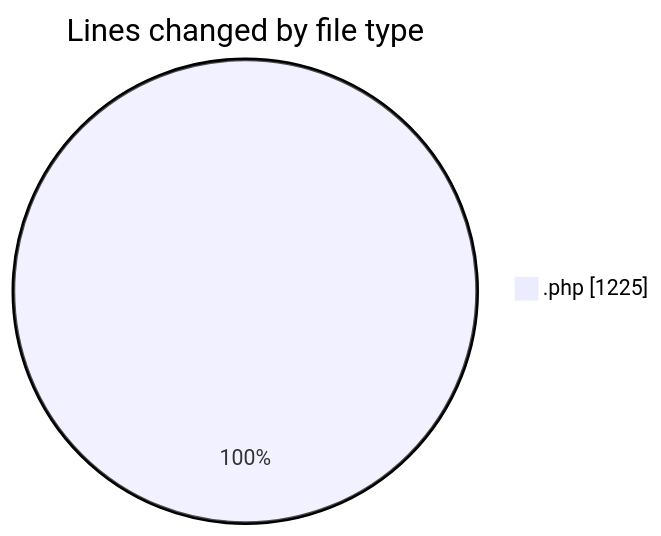
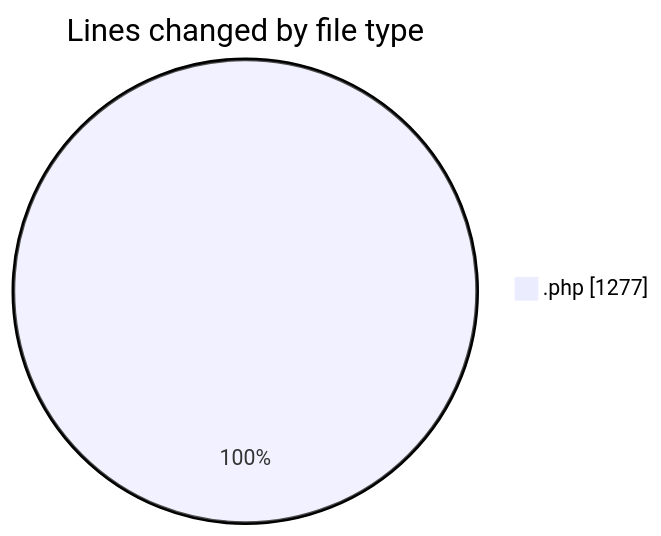
One commit to debugP/code-tracking changed the first of 2 diagrams in 2025-10-14/untitled__workspace_/README.md. Above: the diagram before and after it, drawn with Mermaid. The commit also changed other lines of this file and 1 other file, not shown here.

````diff
--- a/2025-10-14/untitled__workspace_/README.md
+++ b/2025-10-14/untitled__workspace_/README.md
@@ -20,5 +20,5 @@
 ```mermaid
 pie showData
 title Lines changed by file type
-".php" : 1225
+".php" : 1277
 ```
````
